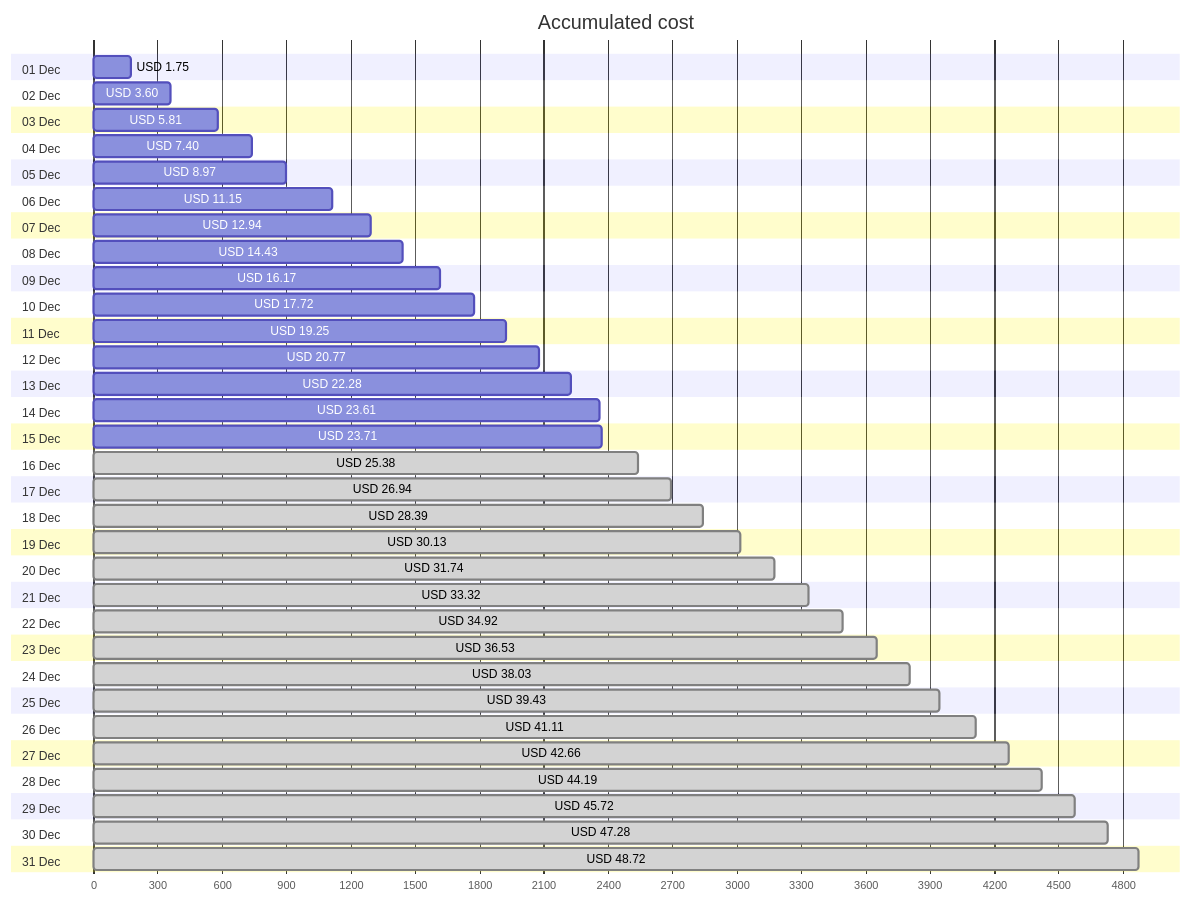
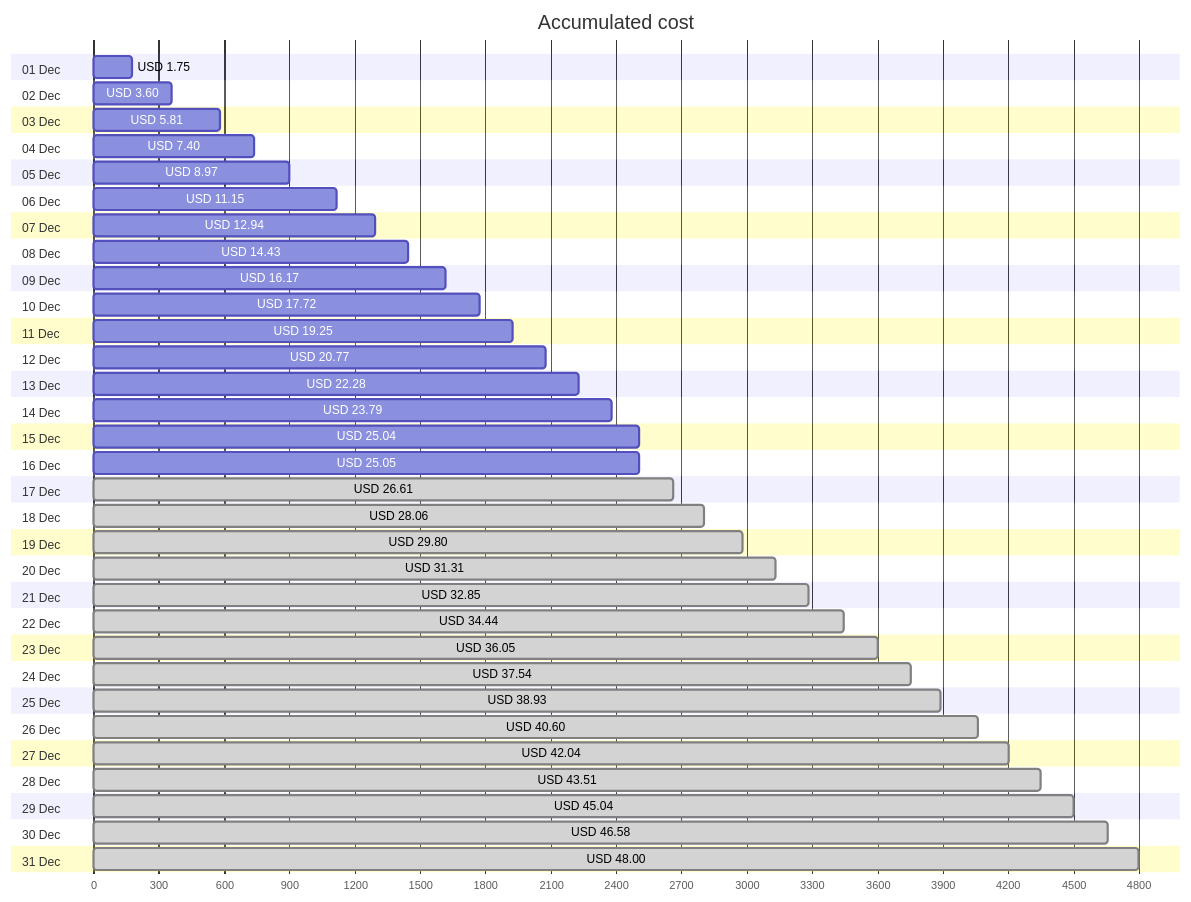
Before and after one commit to jpfulton/azure-personal-reports: the first of 4 diagrams in cost-reports/personal-network/README.md, drawn with Mermaid. The commit also changed other lines of this file and 8 other files, not shown here.

````diff
--- a/cost-reports/personal-network/README.md
+++ b/cost-reports/personal-network/README.md
@@ -20,68 +20,68 @@
 ```mermaid
 gantt
    title Accumulated cost
    dateFormat  X
    axisFormat %s
    section 01 Dec
    USD 1.75 :0, 175
    section 02 Dec
    USD 3.60 :0, 360
    section 03 Dec
    USD 5.81 :0, 581
    section 04 Dec
    USD 7.40 :0, 740
    section 05 Dec
    USD 8.97 :0, 897
    section 06 Dec
    USD 11.15 :0, 1115
    section 07 Dec
    USD 12.94 :0, 1294
    section 08 Dec
    USD 14.43 :0, 1443
    section 09 Dec
    USD 16.17 :0, 1617
    section 10 Dec
    USD 17.72 :0, 1772
    section 11 Dec
    USD 19.25 :0, 1925
    section 12 Dec
    USD 20.77 :0, 2077
    section 13 Dec
    USD 22.28 :0, 2228
    section 14 Dec
-   USD 23.61 :0, 2361
+   USD 23.79 :0, 2379
    section 15 Dec
-   USD 23.71 :0, 2371
+   USD 25.04 :0, 2504
    section 16 Dec
-   USD 25.38 : done, 0, 2538
+   USD 25.05 :0, 2505
    section 17 Dec
-   USD 26.94 : done, 0, 2694
+   USD 26.61 : done, 0, 2661
    section 18 Dec
-   USD 28.39 : done, 0, 2839
+   USD 28.06 : done, 0, 2806
    section 19 Dec
-   USD 30.13 : done, 0, 3013
+   USD 29.80 : done, 0, 2980
    section 20 Dec
-   USD 31.74 : done, 0, 3174
+   USD 31.31 : done, 0, 3131
    section 21 Dec
-   USD 33.32 : done, 0, 3332
+   USD 32.85 : done, 0, 3285
    section 22 Dec
-   USD 34.92 : done, 0, 3492
+   USD 34.44 : done, 0, 3444
    section 23 Dec
-   USD 36.53 : done, 0, 3653
+   USD 36.05 : done, 0, 3605
    section 24 Dec
-   USD 38.03 : done, 0, 3803
+   USD 37.54 : done, 0, 3754
    section 25 Dec
-   USD 39.43 : done, 0, 3943
+   USD 38.93 : done, 0, 3893
    section 26 Dec
-   USD 41.11 : done, 0, 4111
+   USD 40.60 : done, 0, 4060
    section 27 Dec
-   USD 42.66 : done, 0, 4266
+   USD 42.04 : done, 0, 4204
    section 28 Dec
-   USD 44.19 : done, 0, 4419
+   USD 43.51 : done, 0, 4351
    section 29 Dec
-   USD 45.72 : done, 0, 4572
+   USD 45.04 : done, 0, 4504
    section 30 Dec
-   USD 47.28 : done, 0, 4728
+   USD 46.58 : done, 0, 4658
    section 31 Dec
-   USD 48.72 : done, 0, 4872
+   USD 48.00 : done, 0, 4800
 ```
````
